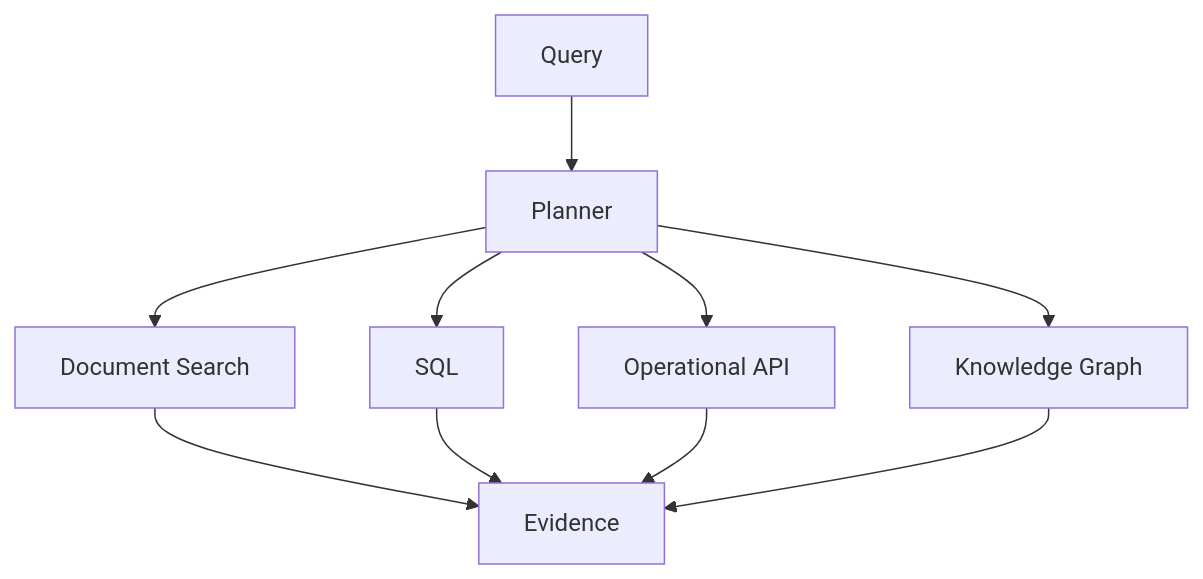
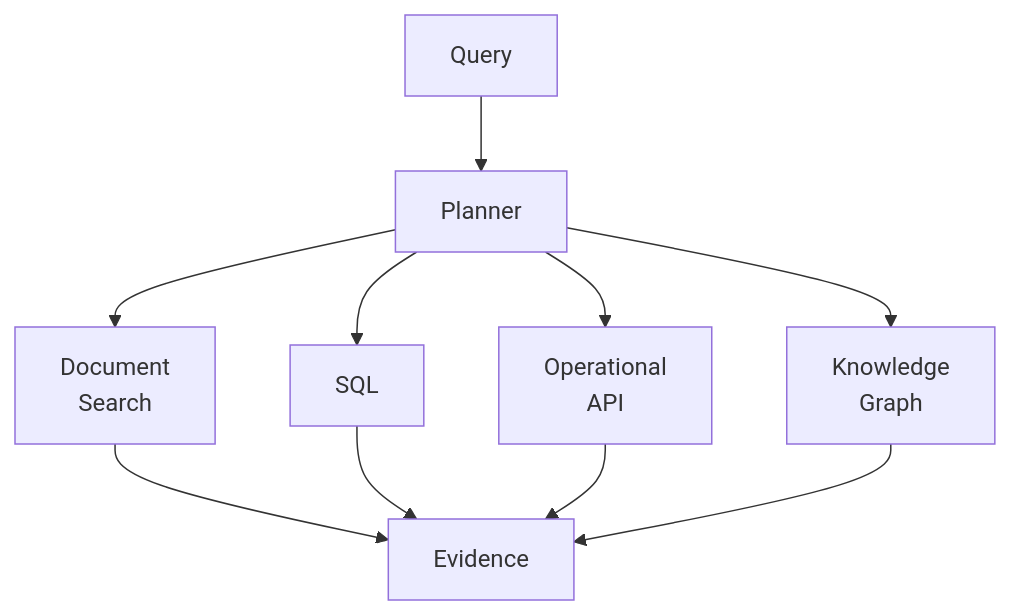
One commit to MihirKJha/enterprise-ai-blog changed the fifth of 6 diagrams in docs/architecture-insights/genai-and-rag/3.7_architecting_agentic_retrieval_planning_evidence_control.md. Above: the diagram before and after it, drawn with Mermaid. The commit also changed other lines of this file, not shown here.

````diff
--- a/docs/architecture-insights/genai-and-rag/3.7_architecting_agentic_retrieval_planning_evidence_control.md
+++ b/docs/architecture-insights/genai-and-rag/3.7_architecting_agentic_retrieval_planning_evidence_control.md
@@ -374,14 +374,14 @@
 ```mermaid
 flowchart TD
     Q[Query] --> P[Planner]
 
-    P --> D[Document Search]
+    P --> D[Document<br/>Search]
     P --> S[SQL]
-    P --> A[Operational API]
-    P --> G[Knowledge Graph]
+    P --> A[Operational<br/>API]
+    P --> G[Knowledge<br/>Graph]
 
     D --> E[Evidence]
     S --> E
     A --> E
     G --> E
 ```
````
